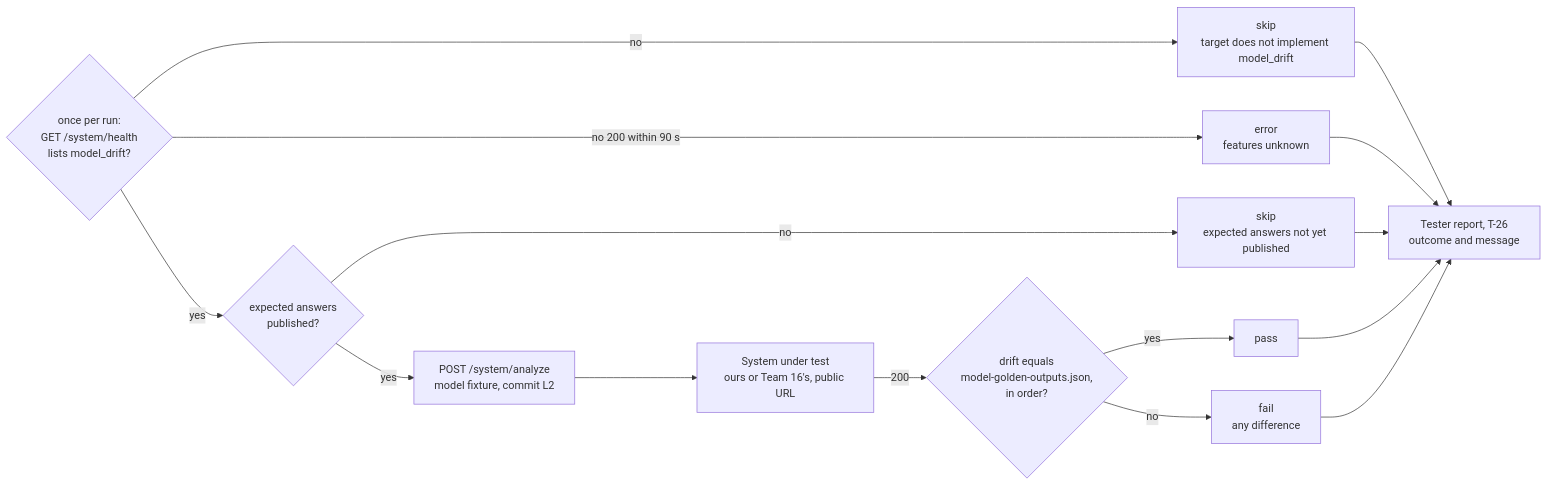
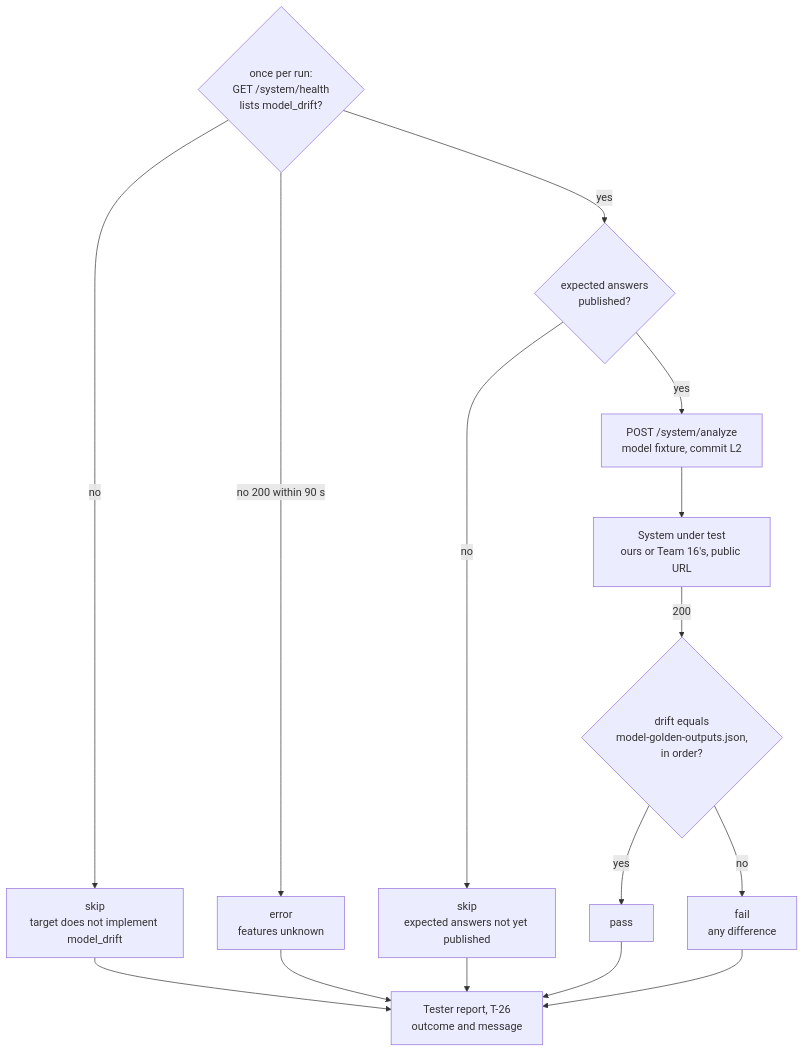
One commit to MuhammadSban/DocumentationModelDrifter changed the diagram in docs/models/four-field-answer.md. Above: the diagram before and after it, drawn with Mermaid. The commit also changed 5 other files, not shown here.

First line of the commit message:
Draw the wide diagrams top to bottom

````diff
--- a/docs/models/four-field-answer.md
+++ b/docs/models/four-field-answer.md
@@ -17,17 +17,17 @@
 ```mermaid
-flowchart LR
+flowchart TB
     accTitle: How a tester grades T-26
     accDescr: Once per run the tester reads GET /system/health. If it lists model_drift, it posts case L2 to the system under test and compares the drift key with the expected answer, equal in order passes, any difference fails. If model_drift is missing, the test is skipped, if /health gives no 200 within 90 seconds, the test is an error. Every outcome lands in the tester report with a message.
 
     H{once per run:<br/>GET /system/health<br/>lists model_drift?}
     H -- no --> Skip[skip<br/>target does not implement model_drift]
     H -- no 200 within 90 s --> Err[error<br/>features unknown]
     H -- yes --> Golden{expected answers<br/>published?}
     Golden -- no --> Pend[skip<br/>expected answers not yet published]
     Golden -- yes --> Req[POST /system/analyze<br/>model fixture, commit L2]
     Req --> Sys[System under test<br/>ours or Team 16's, public URL]
     Sys -- 200 --> Cmp{drift equals<br/>model-golden-outputs.json,<br/>in order?}
     Cmp -- yes --> Pass[pass]
     Cmp -- no --> Fail[fail<br/>any difference]
     Skip & Err & Pend & Pass & Fail --> Rep[Tester report, T-26<br/>outcome and message]
 ```
````
